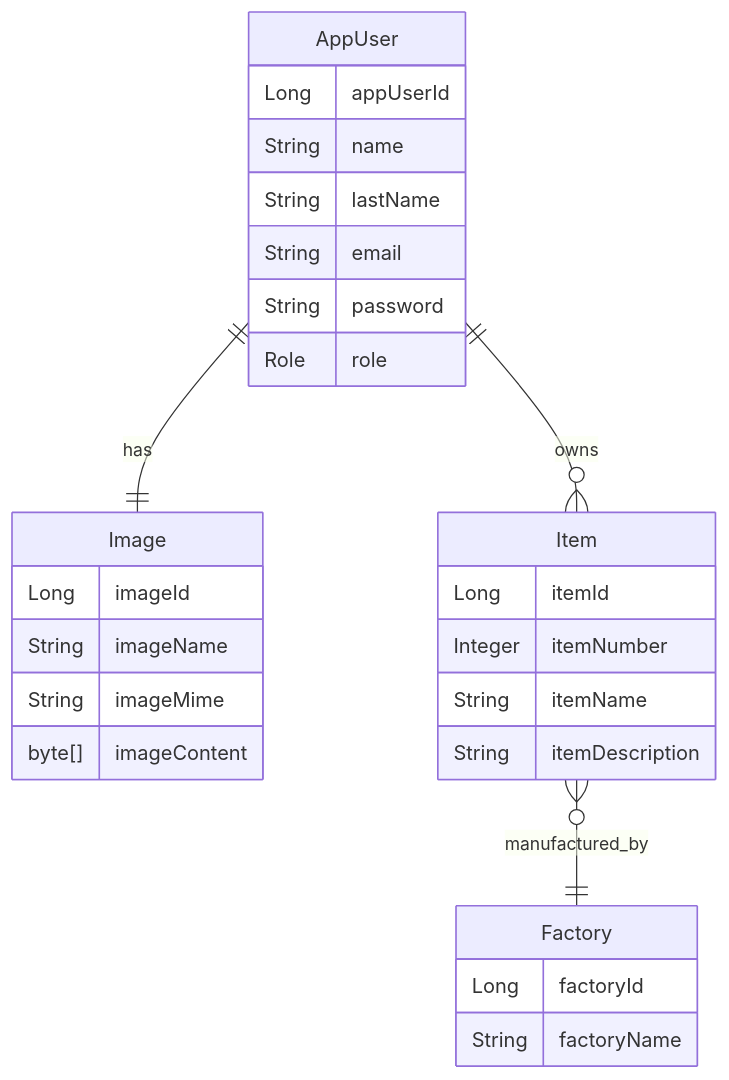
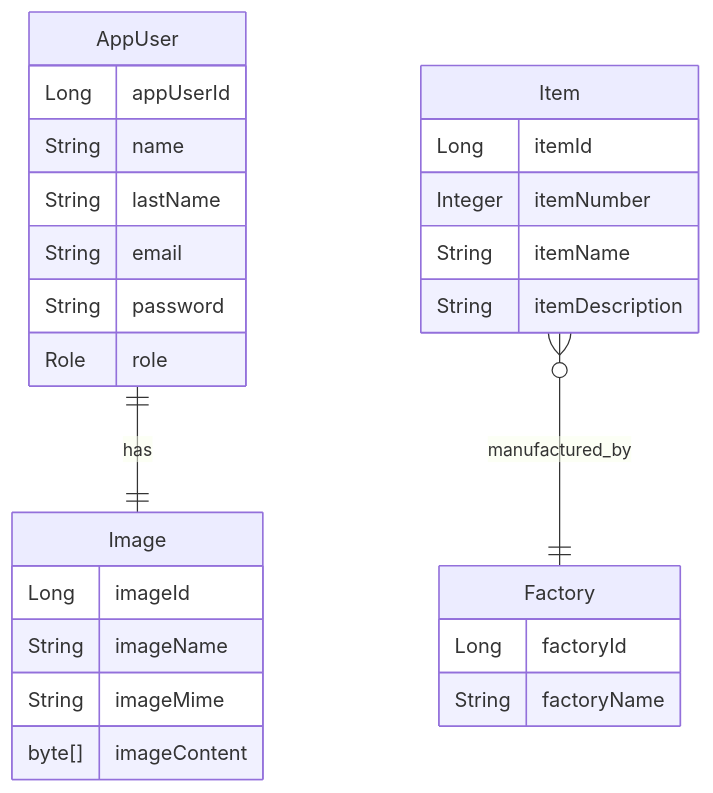
One commit to MarioAndresR/electricity-store changed the diagram in README.md. Above: the diagram before and after it, drawn with Mermaid.

Commit message:
README file updated

````diff
--- a/README.md
+++ b/README.md
@@ -139,34 +139,33 @@
 ```mermaid
 erDiagram
     AppUser ||--|| Image : has
-    AppUser ||--o{ Item : owns
     Item }o--|| Factory : manufactured_by
 
     AppUser {
         Long appUserId
         String name
         String lastName
         String email
         String password
         Role role
     }
 
     Image {
         Long imageId
         String imageName
         String imageMime
         byte[] imageContent
     }
 
     Item {
         Long itemId
         Integer itemNumber
         String itemName
         String itemDescription
     }
 
     Factory {
         Long factoryId
         String factoryName
     }
 ```
````
